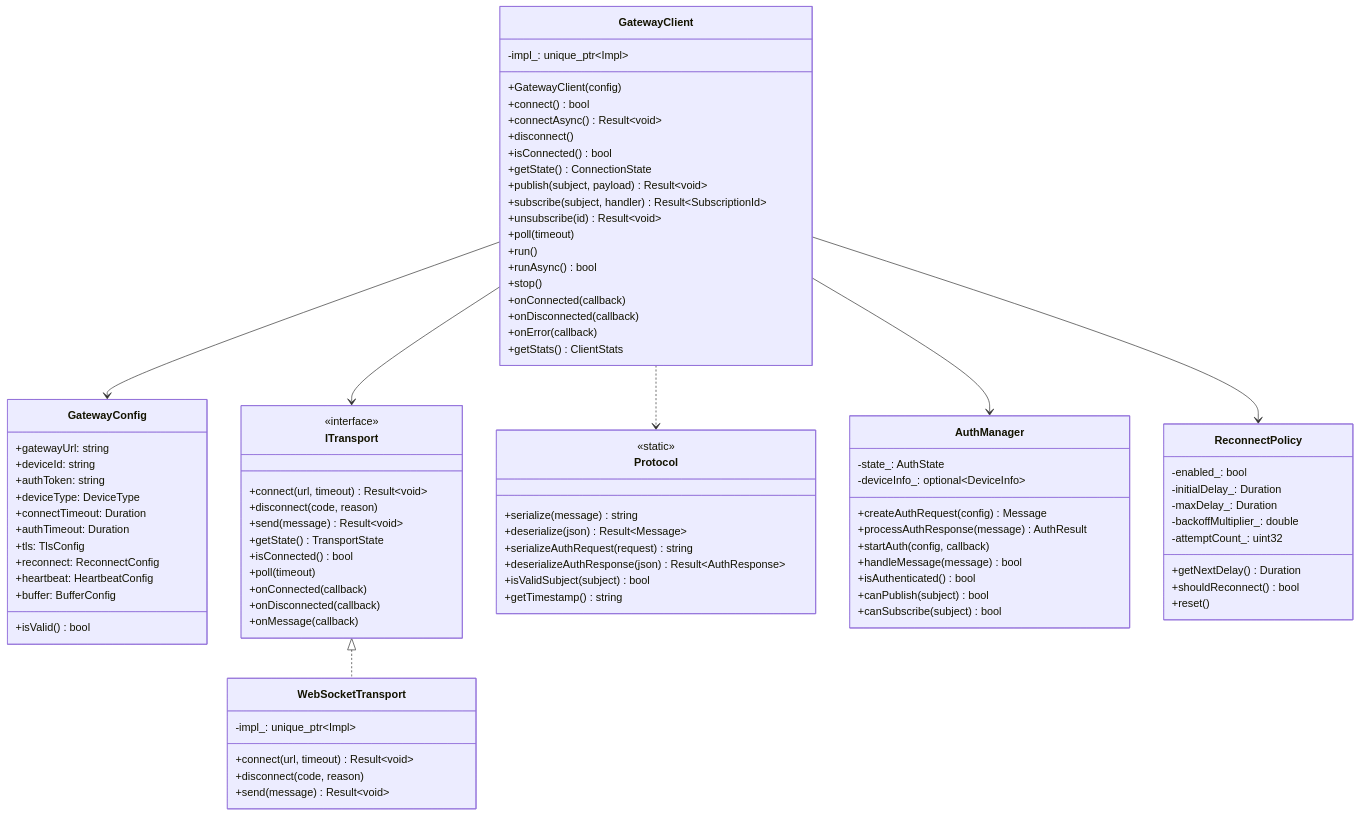
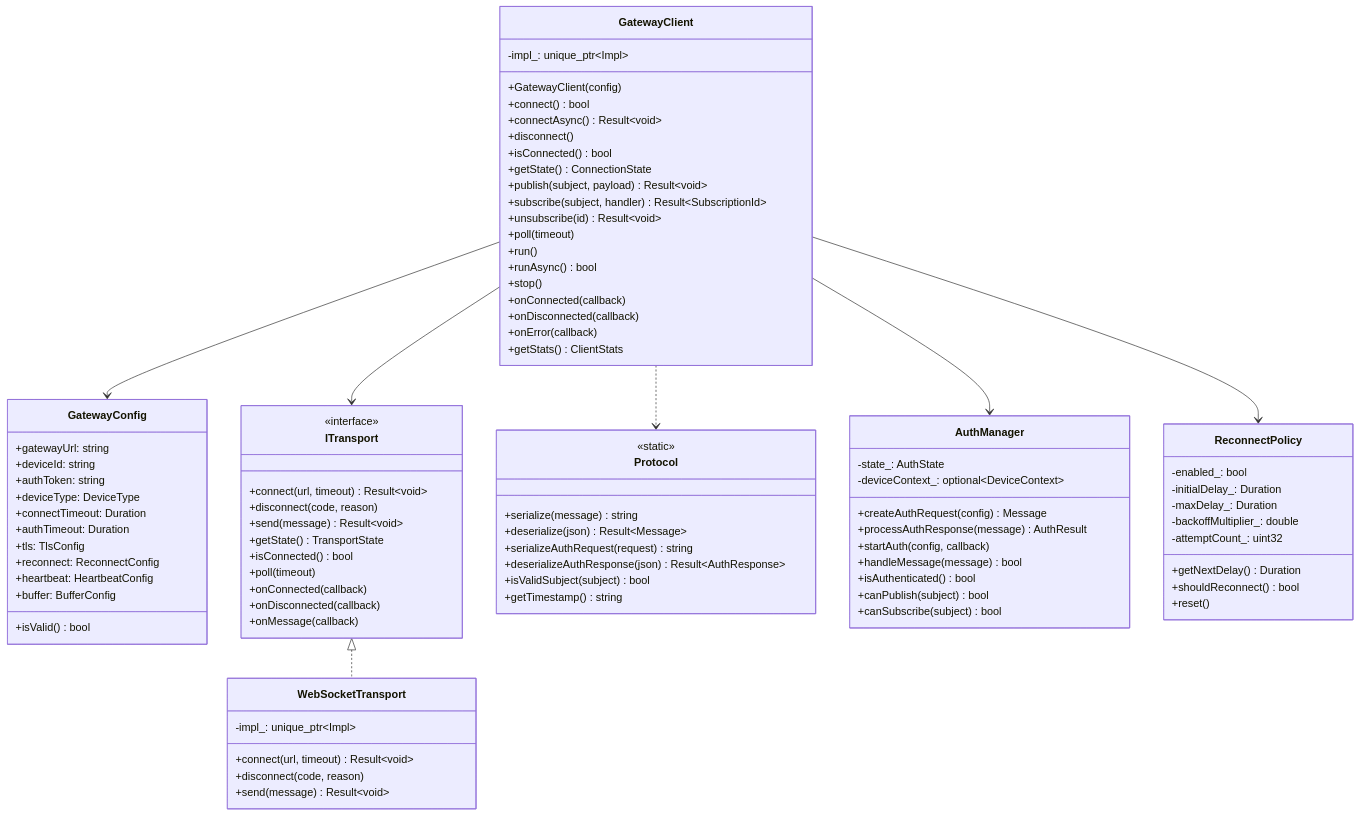
Before and after one commit to jtayl222/nats-websocket-bridge: the fifth of 9 diagrams in docs/diagrams/class-diagrams.md, drawn with Mermaid. The commit also changed other lines of this file and 25 other files, not shown here.

```diff
--- a/docs/diagrams/class-diagrams.md
+++ b/docs/diagrams/class-diagrams.md
@@ -313,7 +307,7 @@
 
     class AuthManager {
         -state_: AuthState
-        -deviceInfo_: optional~DeviceInfo~
+        -deviceContext_: optional~DeviceContext~
         +createAuthRequest(config) Message
         +processAuthResponse(message) AuthResult
         +startAuth(config, callback)
```
